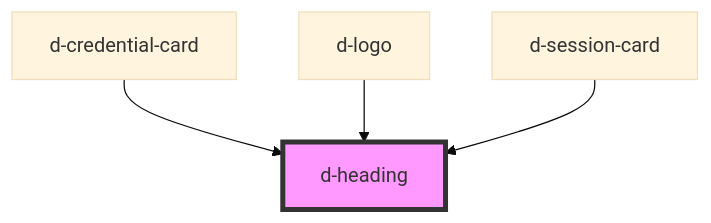
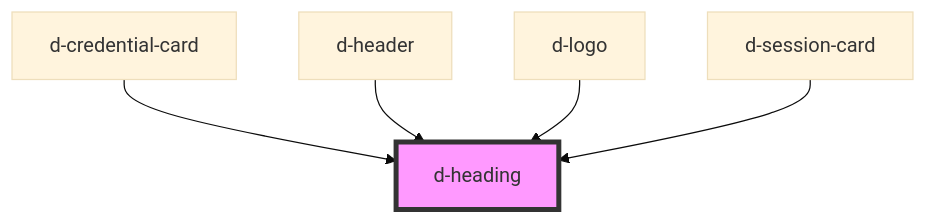
Before and after one commit to ForkbombEu/didroom-components: the diagram in src/components/heading/readme.md, drawn with Mermaid (base theme). The commit also changed other lines of this file and 8 other files, not shown here.

````diff
--- a/src/components/heading/readme.md
+++ b/src/components/heading/readme.md
@@ -25,7 +26,8 @@
 ```mermaid
 graph TD;
   d-credential-card --> d-heading
+  d-header --> d-heading
   d-logo --> d-heading
   d-session-card --> d-heading
   style d-heading fill:#f9f,stroke:#333,stroke-width:4px
 ```
````
